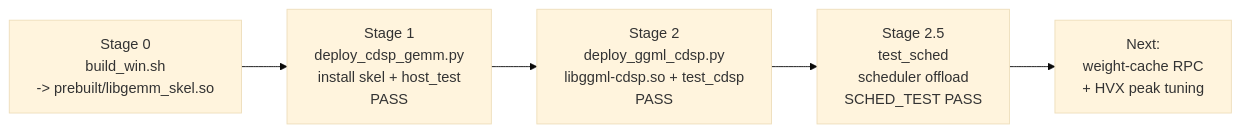
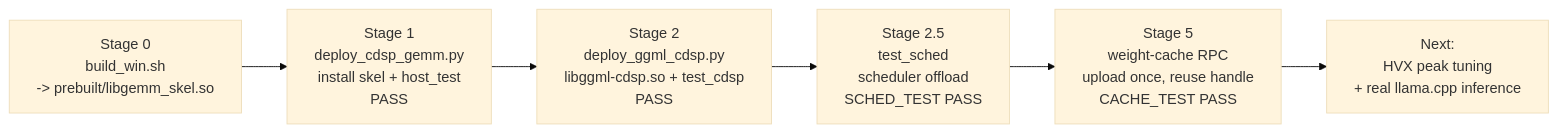
One commit to doeasier/raphael-cdsp-llm changed the third of 3 diagrams in README.md. Above: the diagram before and after it, drawn with Mermaid (base theme). The commit also changed other lines of this file and 20 other files, not shown here.

Commit message:
Stage 5: weight-cache RPC — upload weights once, reuse handle (decode 762ms->37ms/token)

````diff
--- a/README.md
+++ b/README.md
@@ -86,7 +103,8 @@
 ```mermaid
 flowchart LR
     A0["Stage 0<br/>build_win.sh<br/>-> prebuilt/libgemm_skel.so"] --> A1
     A1["Stage 1<br/>deploy_cdsp_gemm.py<br/>install skel + host_test<br/>PASS"] --> A2
     A2["Stage 2<br/>deploy_ggml_cdsp.py<br/>libggml-cdsp.so + test_cdsp<br/>PASS"] --> A25
-    A25["Stage 2.5<br/>test_sched<br/>scheduler offload<br/>SCHED_TEST PASS"] --> NX["Next:<br/>weight-cache RPC<br/>+ HVX peak tuning"]
+    A25["Stage 2.5<br/>test_sched<br/>scheduler offload<br/>SCHED_TEST PASS"] --> A5
+    A5["Stage 5<br/>weight-cache RPC<br/>upload once, reuse handle<br/>CACHE_TEST PASS"] --> NX["Next:<br/>HVX peak tuning<br/>+ real llama.cpp inference"]
 ```
````
